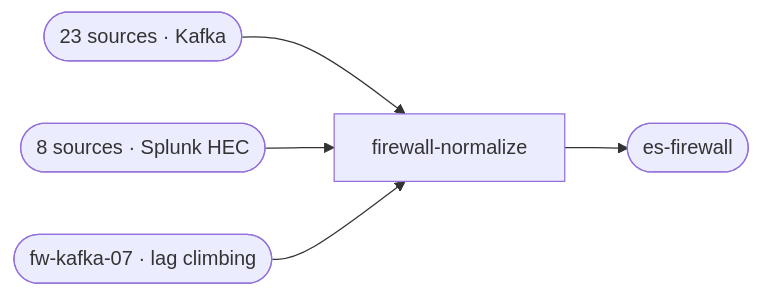
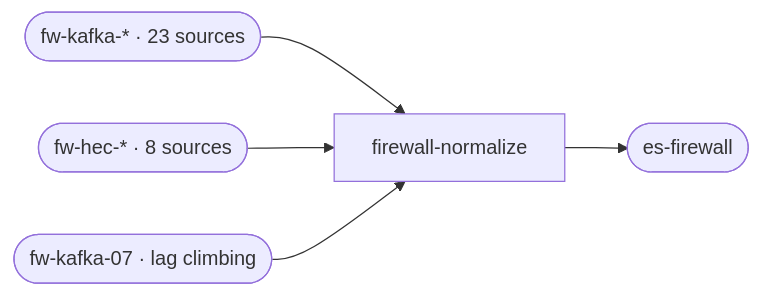
Before and after one commit to smeltr-sh/smeltr: the second of 6 diagrams in docs/gui-design.md, drawn with Mermaid. The commit also changed other lines of this file and 3 other files, not shown here.

````diff
--- a/docs/gui-design.md
+++ b/docs/gui-design.md
@@ -178,7 +181,7 @@
 ```mermaid
 graph LR
-  k(["23 sources · Kafka"]) --> p["firewall-normalize"]
-  h(["8 sources · Splunk HEC"]) --> p
+  k(["fw-kafka-* · 23 sources"]) --> p["firewall-normalize"]
+  h(["fw-hec-* · 8 sources"]) --> p
   w(["fw-kafka-07 · lag climbing"]) --> p
   p --> e(["es-firewall"])
 ```
````
